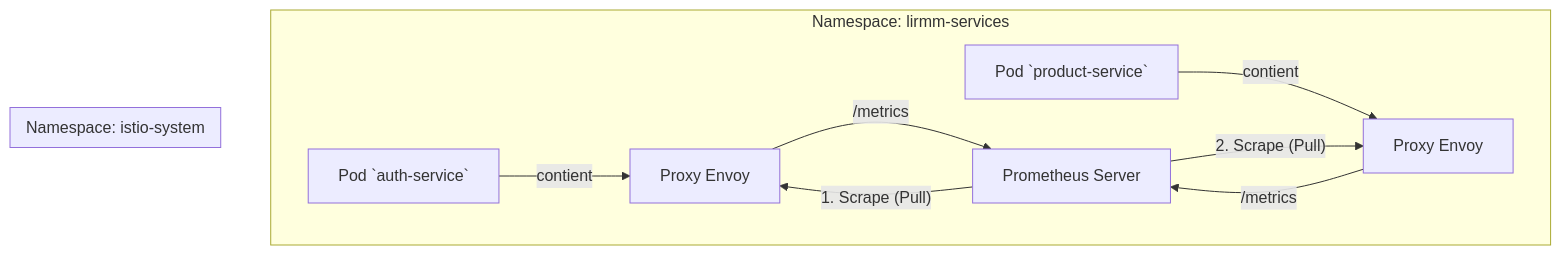
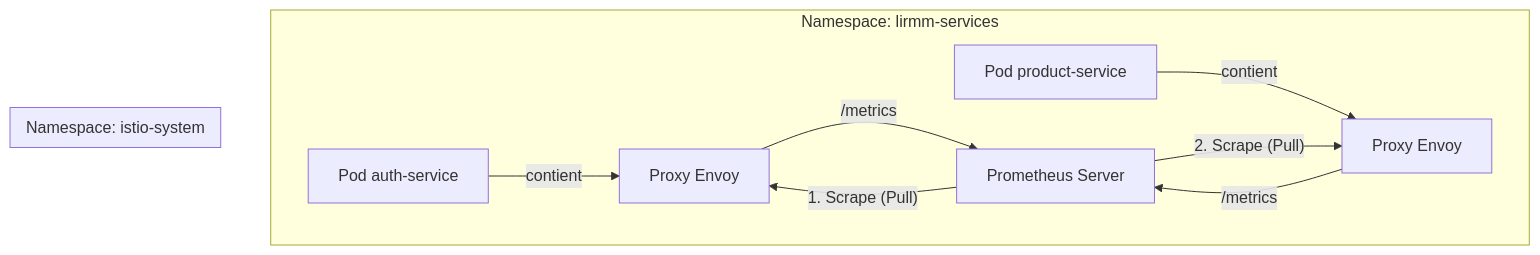
Before and after one commit to HarcheSamir/esisba-lirmm-ecommerce: the sixth of 10 diagrams in sprint3.md, drawn with Mermaid. The commit also changed other lines of this file, not shown here.

````diff
--- a/sprint3.md
+++ b/sprint3.md
@@ -125,21 +255,21 @@
 ```mermaid
 graph TD
     subgraph "Namespace: lirmm-services"
-        PodA[Pod `auth-service`]
+        PodA[Pod auth-service]
         ProxyA[Proxy Envoy]
         PodA -- contient --> ProxyA
         ProxyA -- "/metrics" --> Prometheus
 
-        PodB[Pod `product-service`]
+        PodB[Pod product-service]
         ProxyB[Proxy Envoy]
         PodB -- contient --> ProxyB
         ProxyB -- "/metrics" --> Prometheus
     end
 
     subgraph "Namespace: istio-system"
         Prometheus[Prometheus Server]
     end
 
     Prometheus -- "1. Scrape (Pull)" --> ProxyA
     Prometheus -- "2. Scrape (Pull)" --> ProxyB
 ```
````
